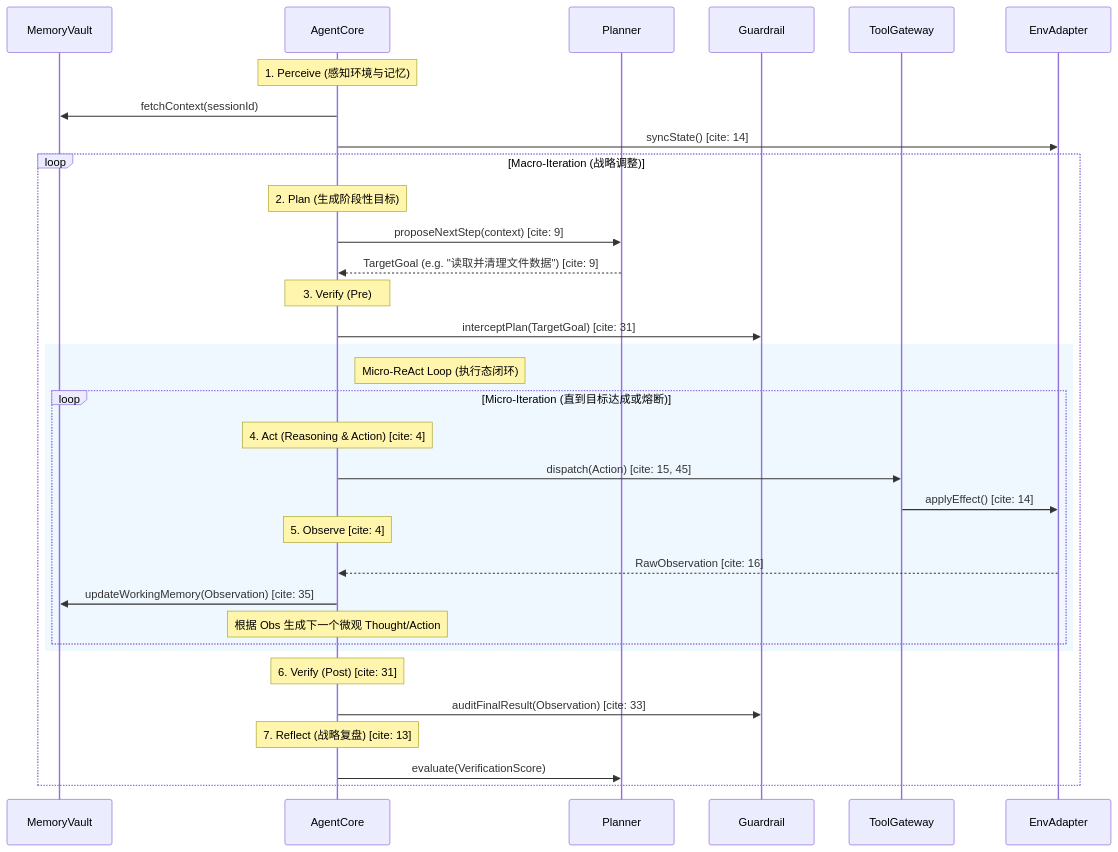
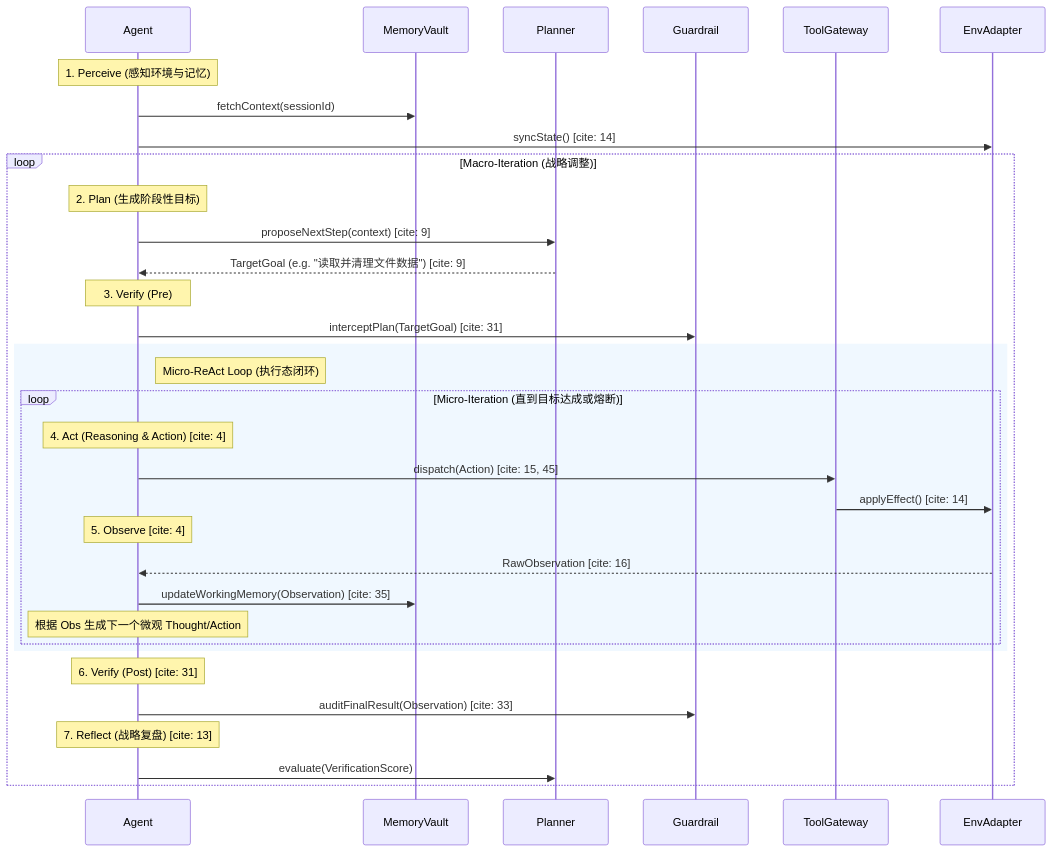
One commit to chaineasy-ai/alice-agent changed the second of 3 diagrams in docs/alice-core-agent/DESIGN.md. Above: the diagram before and after it, drawn with Mermaid. The commit also changed 9 other files, not shown here.

First line of the commit message:
refactor: merge AgentCore into Agent, keep AgentCore as @Deprecated delegate

````diff
--- a/docs/alice-core-agent/DESIGN.md
+++ b/docs/alice-core-agent/DESIGN.md
@@ -54,42 +54,42 @@
 ```mermaid
 sequenceDiagram
+    participant A as Agent
     participant M as MemoryVault
-    participant A as AgentCore
     participant P as Planner
     participant V as Guardrail
     participant T as ToolGateway
     participant E as EnvAdapter
 
     Note over A: 1. Perceive (感知环境与记忆)
     A->>M: fetchContext(sessionId) 
     A->>E: syncState() [cite: 14]
 
     loop Macro-Iteration (战略调整)
         Note over A: 2. Plan (生成阶段性目标)
         A->>P: proposeNextStep(context) [cite: 9]
         P-->>A: TargetGoal (e.g. "读取并清理文件数据") [cite: 9]
 
         Note over A: 3. Verify (Pre)
         A->>V: interceptPlan(TargetGoal) [cite: 31]
         
         rect rgb(240, 248, 255)
         Note right of A: Micro-ReAct Loop (执行态闭环)
         loop Micro-Iteration (直到目标达成或熔断)
             Note over A: 4. Act (Reasoning & Action) [cite: 4]
             A->>T: dispatch(Action) [cite: 15, 45]
             T->>E: applyEffect() [cite: 14]
             
             Note over A: 5. Observe [cite: 4]
             E-->>A: RawObservation [cite: 16]
             A->>M: updateWorkingMemory(Observation) [cite: 35]
             Note over A: 根据 Obs 生成下一个微观 Thought/Action 
         end
         end
 
         Note over A: 6. Verify (Post) [cite: 31]
         A->>V: auditFinalResult(Observation) [cite: 33]
         
         Note over A: 7. Reflect (战略复盘) [cite: 13]
         A->>P: evaluate(VerificationScore)
     end
 ```
````
